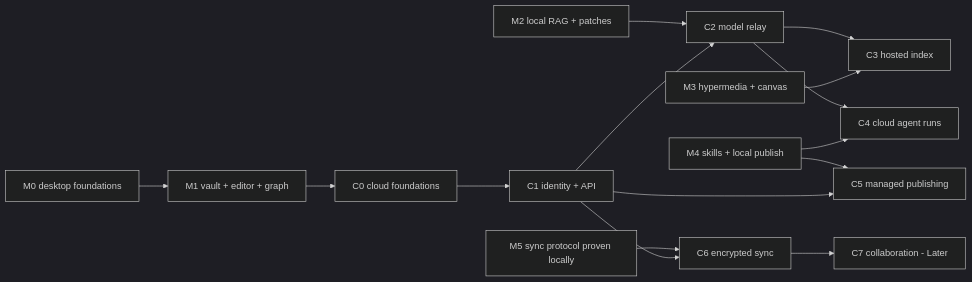
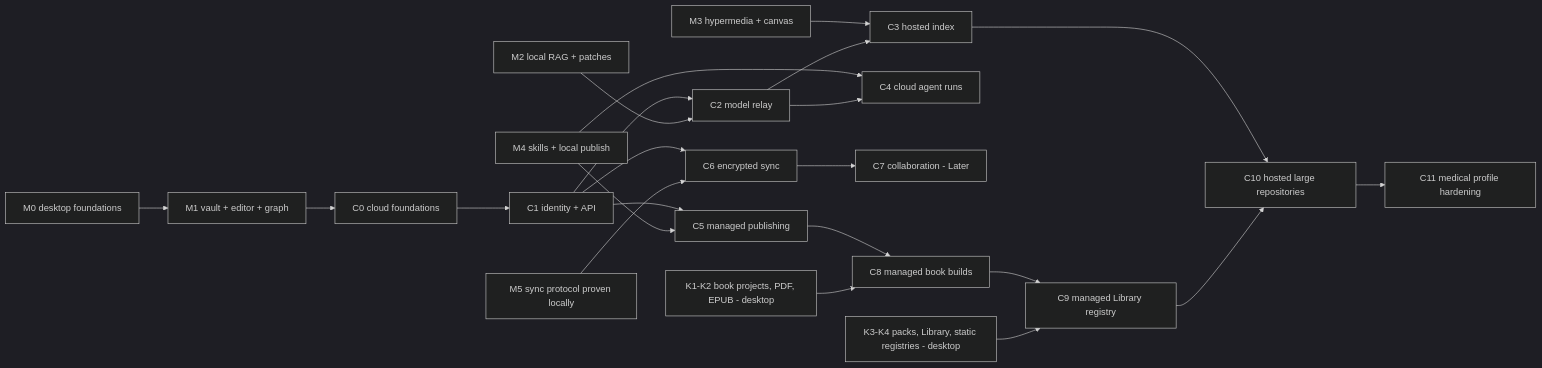
The diagram in Ideation/AWS/CHITKALA_AWS_IMPLEMENTATION_PLAN.md (Neo-Pragnya/CHITKALA), drawn with Mermaid (dark theme) before and after one commit. The commit also changed other lines of this file and 32 other files, not shown here.

First line of the commit message:
Add textbooks, Knowledge Packs and large repositories to the design

````diff
--- a/Ideation/AWS/CHITKALA_AWS_IMPLEMENTATION_PLAN.md
+++ b/Ideation/AWS/CHITKALA_AWS_IMPLEMENTATION_PLAN.md
@@ -17,17 +17,24 @@
 ```mermaid
 flowchart LR
     M0[M0 desktop foundations] --> M1[M1 vault + editor + graph]
     M1 --> C0[C0 cloud foundations]
     C0 --> C1[C1 identity + API]
     M2a[M2 local RAG + patches] --> C2[C2 model relay]
     C1 --> C2
     C2 --> C3[C3 hosted index]
     M3[M3 hypermedia + canvas] --> C3
     C2 --> C4[C4 cloud agent runs]
     M4[M4 skills + local publish] --> C4
     M4 --> C5[C5 managed publishing]
     C1 --> C5
     M5a[M5 sync protocol proven locally] --> C6[C6 encrypted sync]
     C1 --> C6
     C6 --> C7[C7 collaboration - Later]
+    K1[K1-K2 book projects, PDF, EPUB - desktop] --> C8[C8 managed book builds]
+    C5 --> C8
+    K3[K3-K4 packs, Library, static registries - desktop] --> C9[C9 managed Library registry]
+    C8 --> C9
+    C9 --> C10[C10 hosted large repositories]
+    C3 --> C10
+    C10 --> C11[C11 medical profile hardening]
 ```
````
